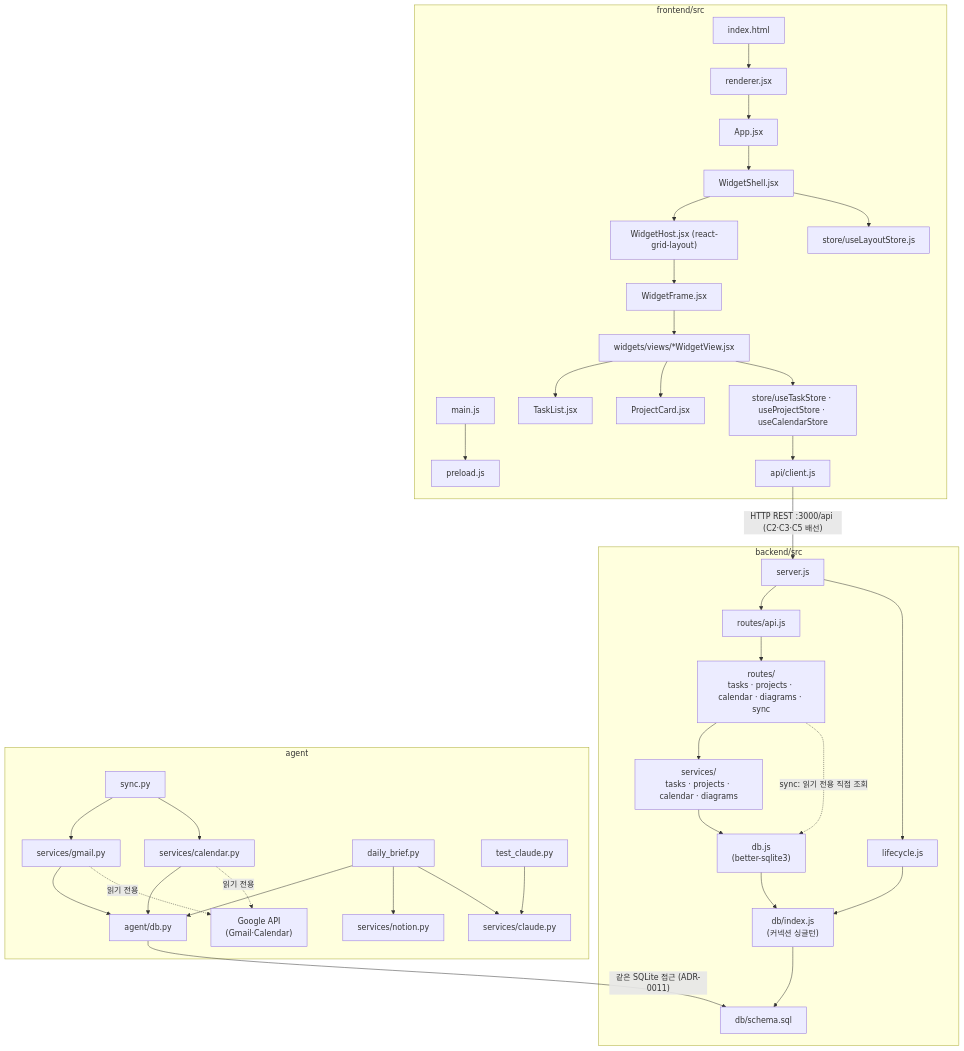
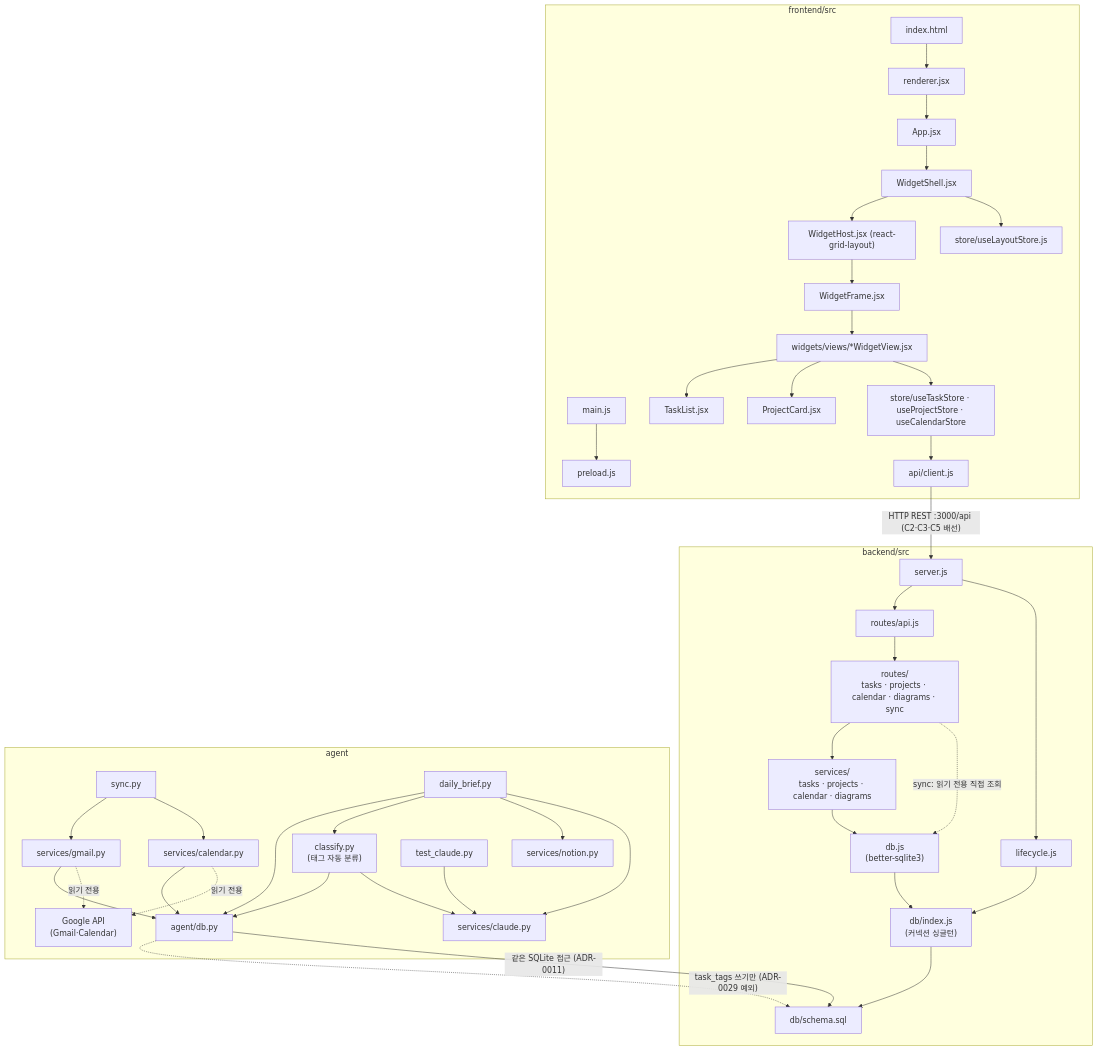
The diagram in docs/product/vision/AS_IS.md (gamercross/my-setup-proj), drawn with Mermaid before and after one commit. The commit also changed 41 other files, not shown here.

````diff
--- a/docs/product/vision/AS_IS.md
+++ b/docs/product/vision/AS_IS.md
@@ -95,45 +95,49 @@
 ```mermaid
 flowchart TB
   subgraph FE["frontend/src"]
     MAIN["main.js"] --> PRE["preload.js"]
     IDX["index.html"] --> RJX["renderer.jsx"]
     RJX --> APP["App.jsx"]
     APP --> SHELL["WidgetShell.jsx"]
     SHELL --> HOST["WidgetHost.jsx (react-grid-layout)"]
     HOST --> FRAME["WidgetFrame.jsx"]
     FRAME --> VIEWS["widgets/views/*WidgetView.jsx"]
     VIEWS --> TL["TaskList.jsx"]
     VIEWS --> PC["ProjectCard.jsx"]
     SHELL --> LST["store/useLayoutStore.js"]
     VIEWS --> DST["store/useTaskStore · useProjectStore · useCalendarStore"]
     DST --> CLI["api/client.js"]
   end
 
   subgraph BE["backend/src"]
     SRV["server.js"] --> AR["routes/api.js"]
     SRV --> LC["lifecycle.js"]
     AR --> RT["routes/<br/>tasks · projects · calendar · diagrams · sync"]
     RT --> SVC["services/<br/>tasks · projects · calendar · diagrams"]
     RT -.->|"sync: 읽기 전용 직접 조회"| DBJS
     SVC --> DBJS["db.js<br/>(better-sqlite3)"]
     DBJS --> DBIDX["db/index.js<br/>(커넥션 싱글턴)"]
     DBIDX --> SCHEMA["db/schema.sql"]
     LC --> DBIDX
   end
 
   subgraph AGT["agent"]
     SYNC["sync.py"] --> SGM["services/gmail.py"]
     SYNC --> SCA["services/calendar.py"]
     SGM --> ADB["agent/db.py"]
     SCA --> ADB
     DBF["daily_brief.py"] --> ADB
+    DBF --> CLF["classify.py<br/>(태그 자동 분류)"]
+    CLF --> ADB
+    CLF --> SCL
     DBF --> SNO["services/notion.py"]
     DBF --> SCL["services/claude.py"]
+    ADB -. "task_tags 쓰기만 (ADR-0029 예외)" .-> SCHEMA
     TCL["test_claude.py"] --> SCL
     SGM -. "읽기 전용" .-> GAPI["Google API<br/>(Gmail·Calendar)"]
     SCA -. "읽기 전용" .-> GAPI
   end
 
   CLI -->|"HTTP REST :3000/api (C2·C3·C5 배선)"| SRV
   ADB -->|"같은 SQLite 접근 (ADR-0011)"| SCHEMA
 ```
````
